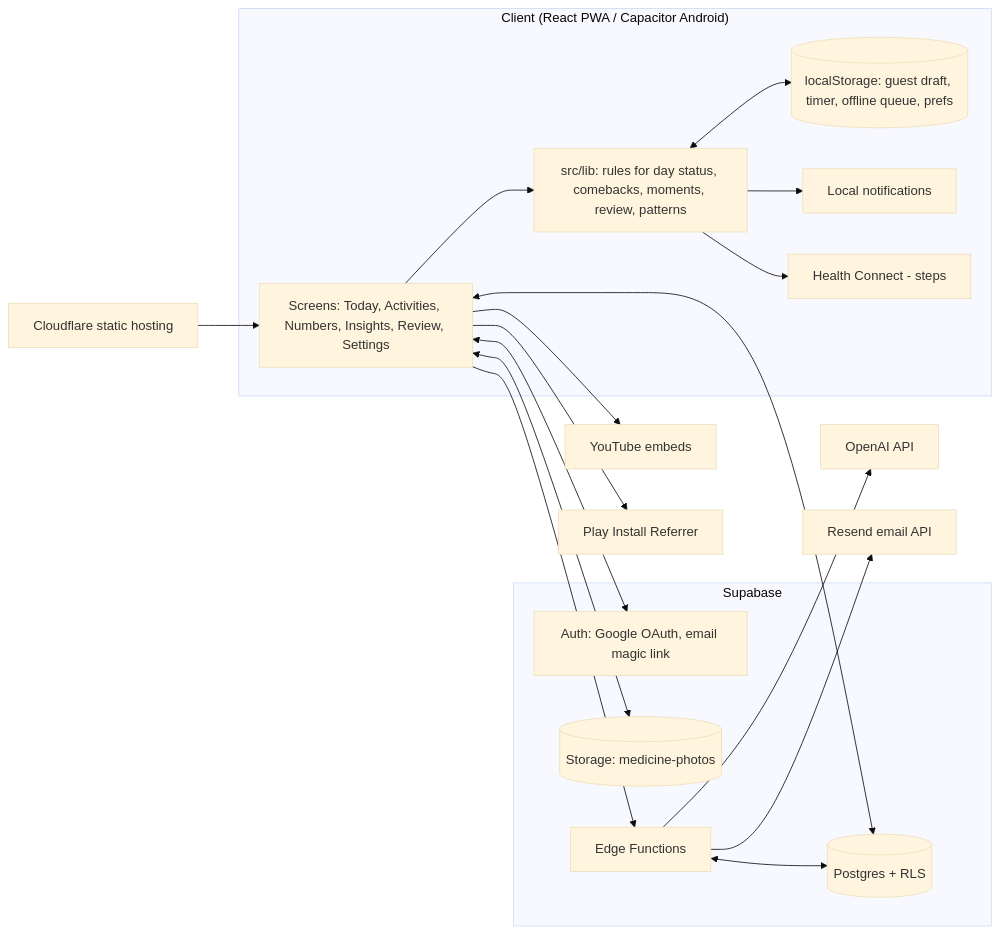
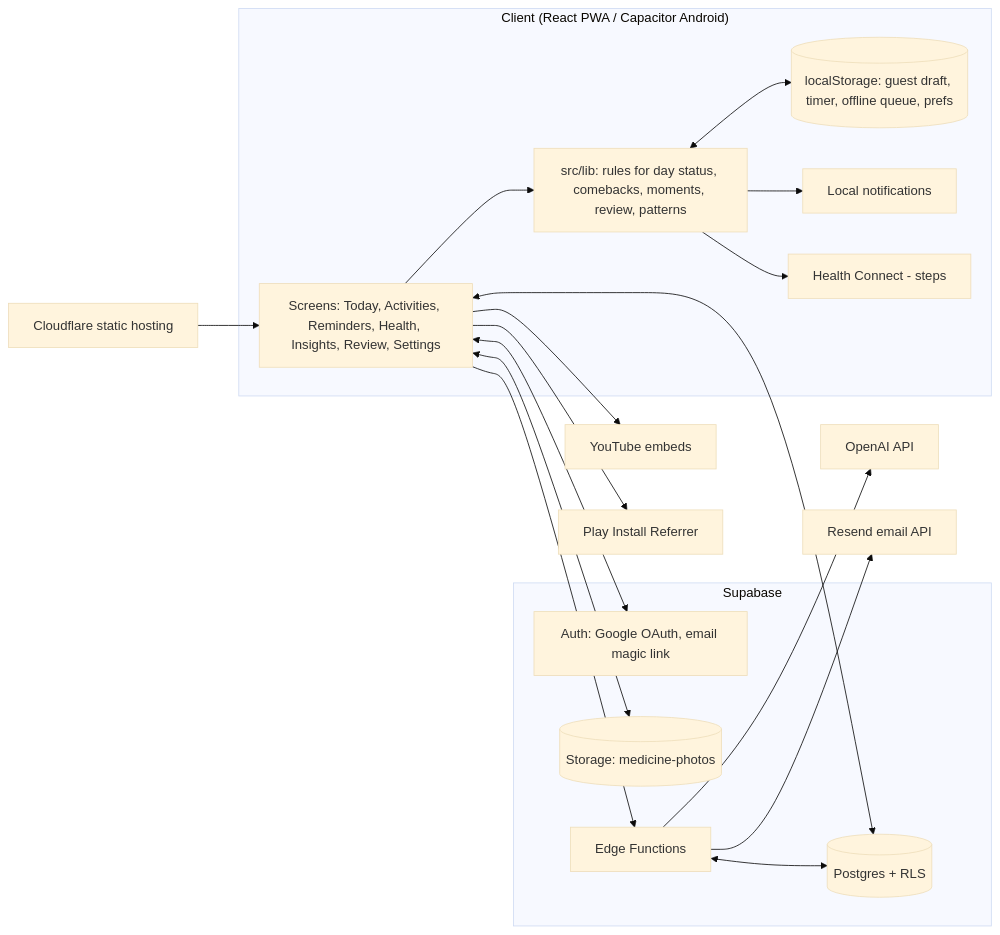
The first of 2 diagrams in docs/DESIGN.md (bhadpr/resuming-me), drawn with Mermaid (base theme) before and after one commit. The commit also changed other lines of this file and 104 other files, not shown here.

````diff
--- a/docs/DESIGN.md
+++ b/docs/DESIGN.md
@@ -33,38 +33,38 @@
 ```mermaid
 flowchart LR
   subgraph Client["Client (React PWA / Capacitor Android)"]
-    UI[Screens: Today, Activities, Numbers, Insights, Review, Settings]
+    UI[Screens: Today, Activities, Reminders, Health, Insights, Review, Settings]
     LIB[src/lib: rules for day status, comebacks, moments, review, patterns]
     LS[(localStorage: guest draft, timer, offline queue, prefs)]
     NOTIF[Local notifications]
     HC[Health Connect - steps]
   end
 
   subgraph Supabase
     AUTH[Auth: Google OAuth, email magic link]
     DB[(Postgres + RLS)]
     ST[(Storage: medicine-photos)]
     EF[Edge Functions]
   end
 
   CF[Cloudflare static hosting]
   OAI[OpenAI API]
   RS[Resend email API]
   YT[YouTube embeds]
   PLAY[Play Install Referrer]
 
   CF --> UI
   UI --> LIB
   LIB <--> LS
   LIB --> NOTIF
   LIB --> HC
   UI <--> AUTH
   UI <--> DB
   UI <--> ST
   UI --> EF
   EF --> OAI
   EF --> RS
   EF <--> DB
   UI --> YT
   UI --> PLAY
 ```
````
